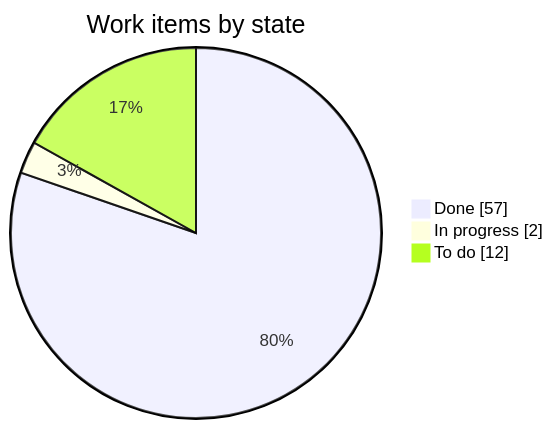
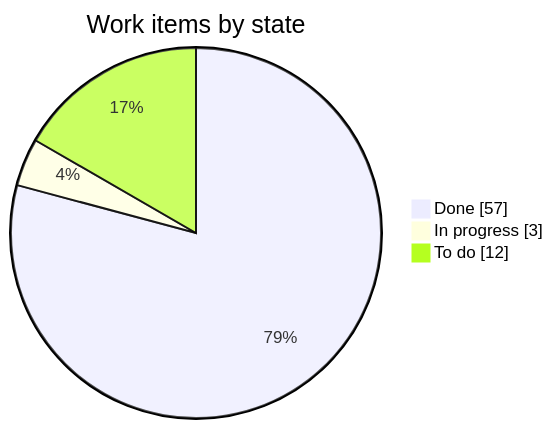
The first of 2 diagrams in STATUS.md (LoMagnette/ghost-light), drawn with Mermaid before and after one commit. The commit also changed other lines of this file and 4 other files, not shown here.

````diff
--- a/STATUS.md
+++ b/STATUS.md
@@ -36,7 +36,7 @@
 ```mermaid
 pie showData
     title Work items by state
     "Done" : 57
-    "In progress" : 2
+    "In progress" : 3
     "To do" : 12
 ```
````
